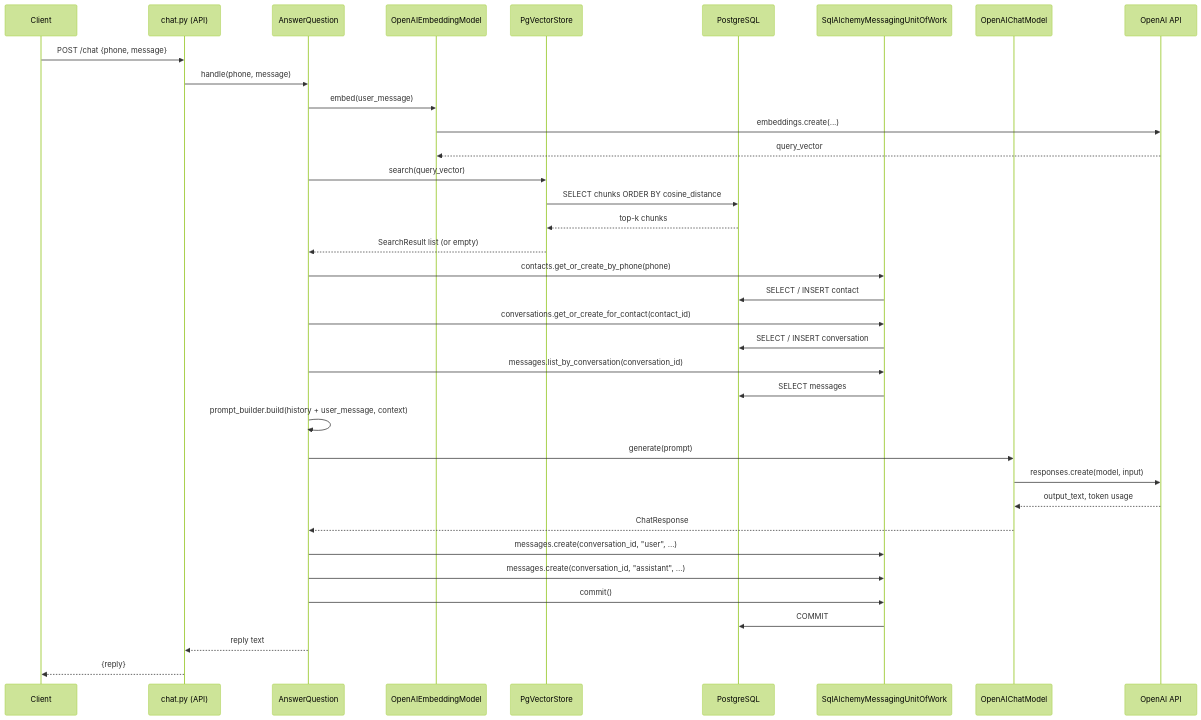
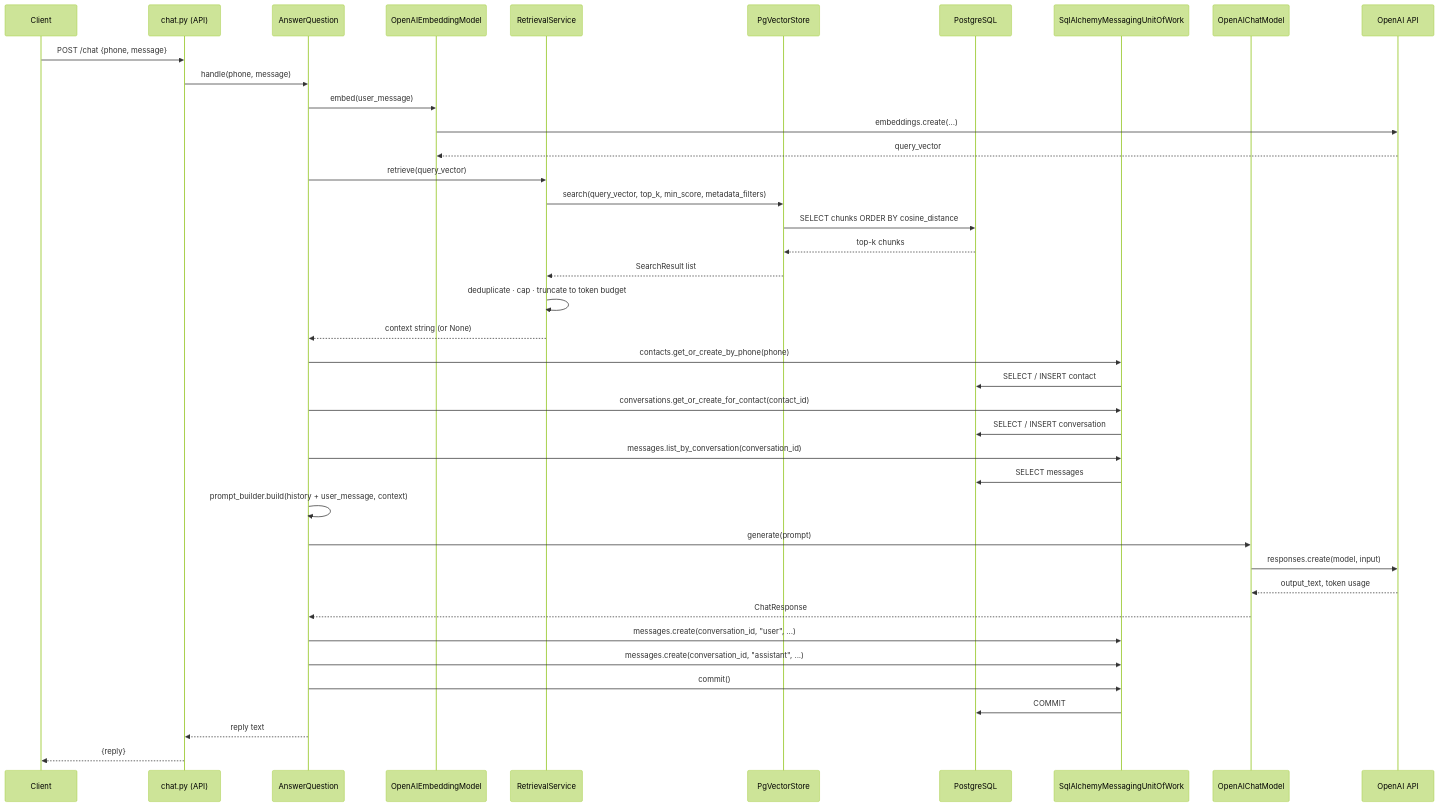
The first of 2 diagrams in docs/development.md (camercadop/knowledge-support-ai-agent), drawn with Mermaid (forest theme) before and after one commit. The commit also changed other lines of this file and 15 other files, not shown here.

Commit message:
feat(support): introduce retrieval service for RAG context refinement

````diff
--- a/docs/development.md
+++ b/docs/development.md
@@ -152,39 +157,43 @@
 ```mermaid
 sequenceDiagram
     participant Client
     participant Router as chat.py (API)
     participant UC as AnswerQuestion
     participant Embed as OpenAIEmbeddingModel
+    participant RS as RetrievalService
     participant VS as PgVectorStore
     participant DB as PostgreSQL
     participant UoW as SqlAlchemyMessagingUnitOfWork
     participant LLM as OpenAIChatModel
     participant OpenAI as OpenAI API
 
     Client->>Router: POST /chat {phone, message}
     Router->>UC: handle(phone, message)
     UC->>Embed: embed(user_message)
     Embed->>OpenAI: embeddings.create(...)
     OpenAI-->>Embed: query_vector
-    UC->>VS: search(query_vector)
+    UC->>RS: retrieve(query_vector)
+    RS->>VS: search(query_vector, top_k, min_score, metadata_filters)
     VS->>DB: SELECT chunks ORDER BY cosine_distance
     DB-->>VS: top-k chunks
-    VS-->>UC: SearchResult list (or empty)
+    VS-->>RS: SearchResult list
+    RS->>RS: deduplicate · cap · truncate to token budget
+    RS-->>UC: context string (or None)
     UC->>UoW: contacts.get_or_create_by_phone(phone)
     UoW->>DB: SELECT / INSERT contact
     UC->>UoW: conversations.get_or_create_for_contact(contact_id)
     UoW->>DB: SELECT / INSERT conversation
     UC->>UoW: messages.list_by_conversation(conversation_id)
     UoW->>DB: SELECT messages
     UC->>UC: prompt_builder.build(history + user_message, context)
     UC->>LLM: generate(prompt)
     LLM->>OpenAI: responses.create(model, input)
     OpenAI-->>LLM: output_text, token usage
     LLM-->>UC: ChatResponse
     UC->>UoW: messages.create(conversation_id, "user", ...)
     UC->>UoW: messages.create(conversation_id, "assistant", ...)
     UC->>UoW: commit()
     UoW->>DB: COMMIT
     UC-->>Router: reply text
     Router-->>Client: {reply}
 ```
````
